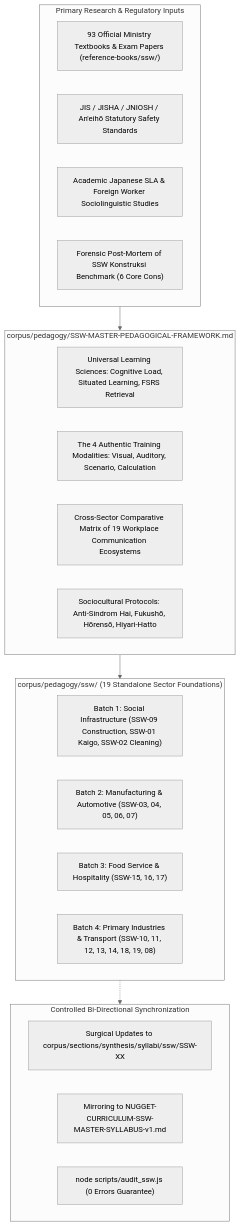
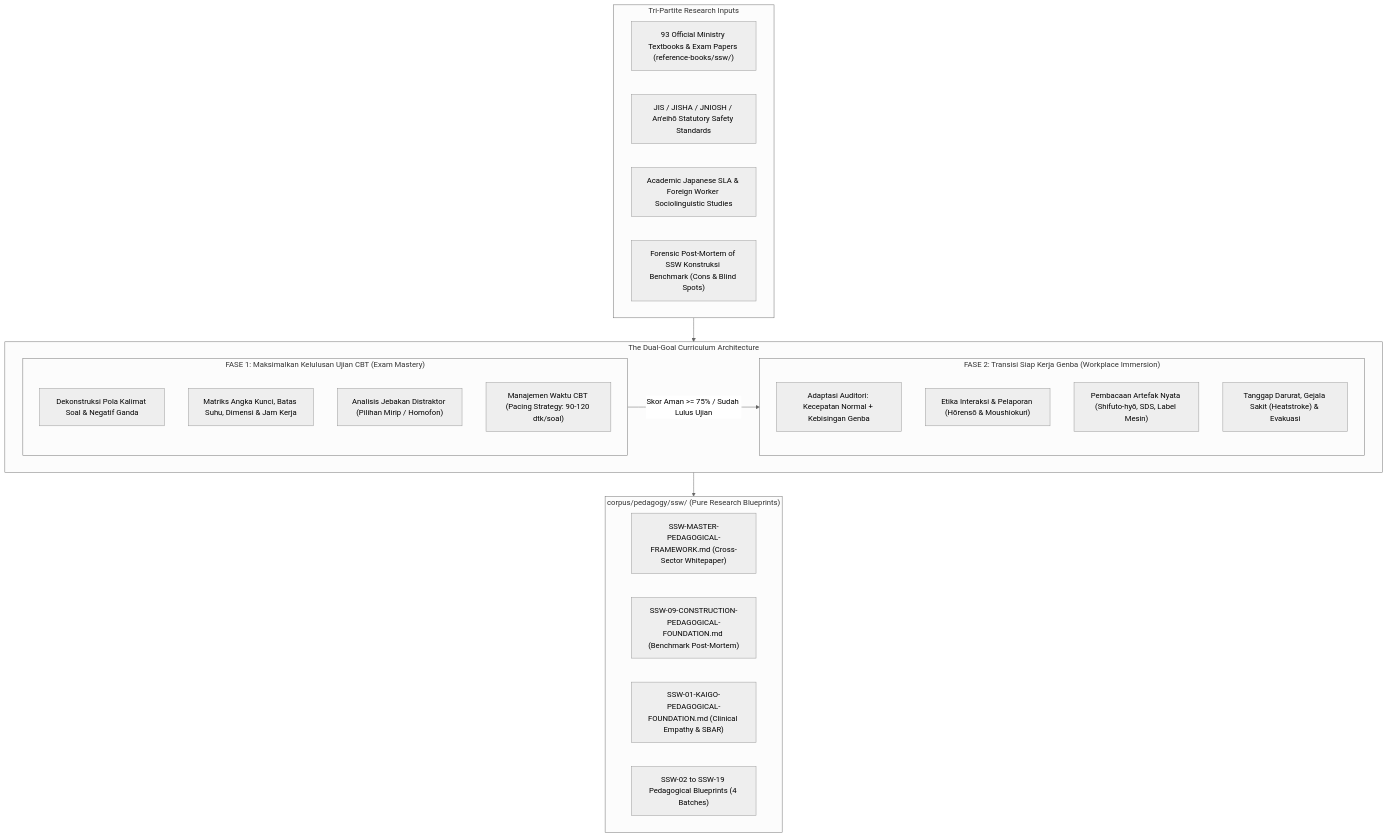
The diagram in corpus/pedagogy/SSW-MASTER-PEDAGOGICAL-RESEARCH-PLAN-v3.md (nuggetenak/nugget-nihongo), drawn with Mermaid (neutral theme) before and after one commit. The commit also changed other lines of this file, not shown here.

Commit message:
docs(pedagogy): update master research plan to v3.2 (dual-goal architecture: Phase 1 exam mastery & Phase 2 workplace immersion)

````diff
--- a/corpus/pedagogy/SSW-MASTER-PEDAGOGICAL-RESEARCH-PLAN-v3.md
+++ b/corpus/pedagogy/SSW-MASTER-PEDAGOGICAL-RESEARCH-PLAN-v3.md
@@ -55,33 +71,37 @@
 ```mermaid
 flowchart TD
-    subgraph PrimarySources["Primary Research & Regulatory Inputs"]
+    subgraph PrimarySources["Tri-Partite Research Inputs"]
         R1["93 Official Ministry Textbooks & Exam Papers (reference-books/ssw/)"]
         R2["JIS / JISHA / JNIOSH / An'eihō Statutory Safety Standards"]
         R3["Academic Japanese SLA & Foreign Worker Sociolinguistic Studies"]
-        R4["Forensic Post-Mortem of SSW Konstruksi Benchmark (6 Core Cons)"]
+        R4["Forensic Post-Mortem of SSW Konstruksi Benchmark (Cons & Blind Spots)"]
     end
 
-    subgraph MasterFramework["corpus/pedagogy/SSW-MASTER-PEDAGOGICAL-FRAMEWORK.md"]
-        M1["Universal Learning Sciences: Cognitive Load, Situated Learning, FSRS Retrieval"]
-        M2["The 4 Authentic Training Modalities: Visual, Auditory, Scenario, Calculation"]
-        M3["Cross-Sector Comparative Matrix of 19 Workplace Communication Ecosystems"]
-        M4["Sociocultural Protocols: Anti-Sindrom Hai, Fukushō, Hōrensō, Hiyari-Hatto"]
+    subgraph DualGoalCurriculum["The Dual-Goal Curriculum Architecture"]
+        subgraph Phase1["FASE 1: Maksimalkan Kelulusan Ujian CBT (Exam Mastery)"]
+            F1A["Dekonstruksi Pola Kalimat Soal & Negatif Ganda"]
+            F1B["Matriks Angka Kunci, Batas Suhu, Dimensi & Jam Kerja"]
+            F1C["Analisis Jebakan Distraktor (Pilihan Mirip / Homofon)"]
+            F1D["Manajemen Waktu CBT (Pacing Strategy: 90-120 dtk/soal)"]
+        end
+
+        subgraph Phase2["FASE 2: Transisi Siap Kerja Genba (Workplace Immersion)"]
+            F2A["Adaptasi Auditori: Kecepatan Normal + Kebisingan Genba"]
+            F2B["Etika Interaksi & Pelaporan (Hōrensō & Moushiokuri)"]
+            F2C["Pembacaan Artefak Nyata (Shifuto-hyō, SDS, Label Mesin)"]
+            F2D["Tanggap Darurat, Gejala Sakit (Heatstroke) & Evakuasi"]
+        end
+
+        Phase1 -->|"Skor Aman >= 75% / Sudah Lulus Ujian"| Phase2
     end
 
-    subgraph SectorBlueprints["corpus/pedagogy/ssw/ (19 Standalone Sector Foundations)"]
-        B1["Batch 1: Social Infrastructure (SSW-09 Construction, SSW-01 Kaigo, SSW-02 Cleaning)"]
-        B2["Batch 2: Manufacturing & Automotive (SSW-03, 04, 05, 06, 07)"]
-        B3["Batch 3: Food Service & Hospitality (SSW-15, 16, 17)"]
-        B4["Batch 4: Primary Industries & Transport (SSW-10, 11, 12, 13, 14, 18, 19, 08)"]
+    subgraph OutputCorpus["corpus/pedagogy/ssw/ (Pure Research Blueprints)"]
+        O1["SSW-MASTER-PEDAGOGICAL-FRAMEWORK.md (Cross-Sector Whitepaper)"]
+        O2["SSW-09-CONSTRUCTION-PEDAGOGICAL-FOUNDATION.md (Benchmark Post-Mortem)"]
+        O3["SSW-01-KAIGO-PEDAGOGICAL-FOUNDATION.md (Clinical Empathy & SBAR)"]
+        O4["SSW-02 to SSW-19 Pedagogical Blueprints (4 Batches)"]
     end
 
-    subgraph SyllabusSync["Controlled Bi-Directional Synchronization"]
-        S1["Surgical Updates to corpus/sections/synthesis/syllabi/ssw/SSW-XX"]
-        S2["Mirroring to NUGGET-CURRICULUM-SSW-MASTER-SYLLABUS-v1.md"]
-        S3["node scripts/audit_ssw.js (0 Errors Guarantee)"]
-    end
-
-    PrimarySources --> MasterFramework
-    MasterFramework --> SectorBlueprints
-    SectorBlueprints -.-> SyllabusSync
+    PrimarySources --> DualGoalCurriculum
+    DualGoalCurriculum --> OutputCorpus
 ```
````
